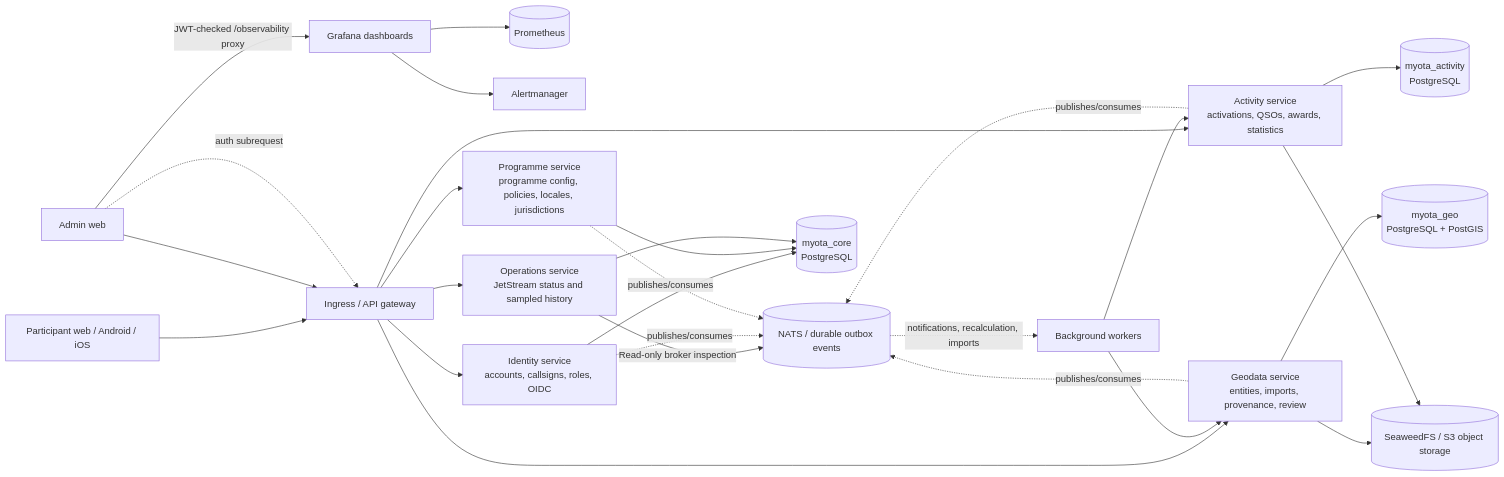
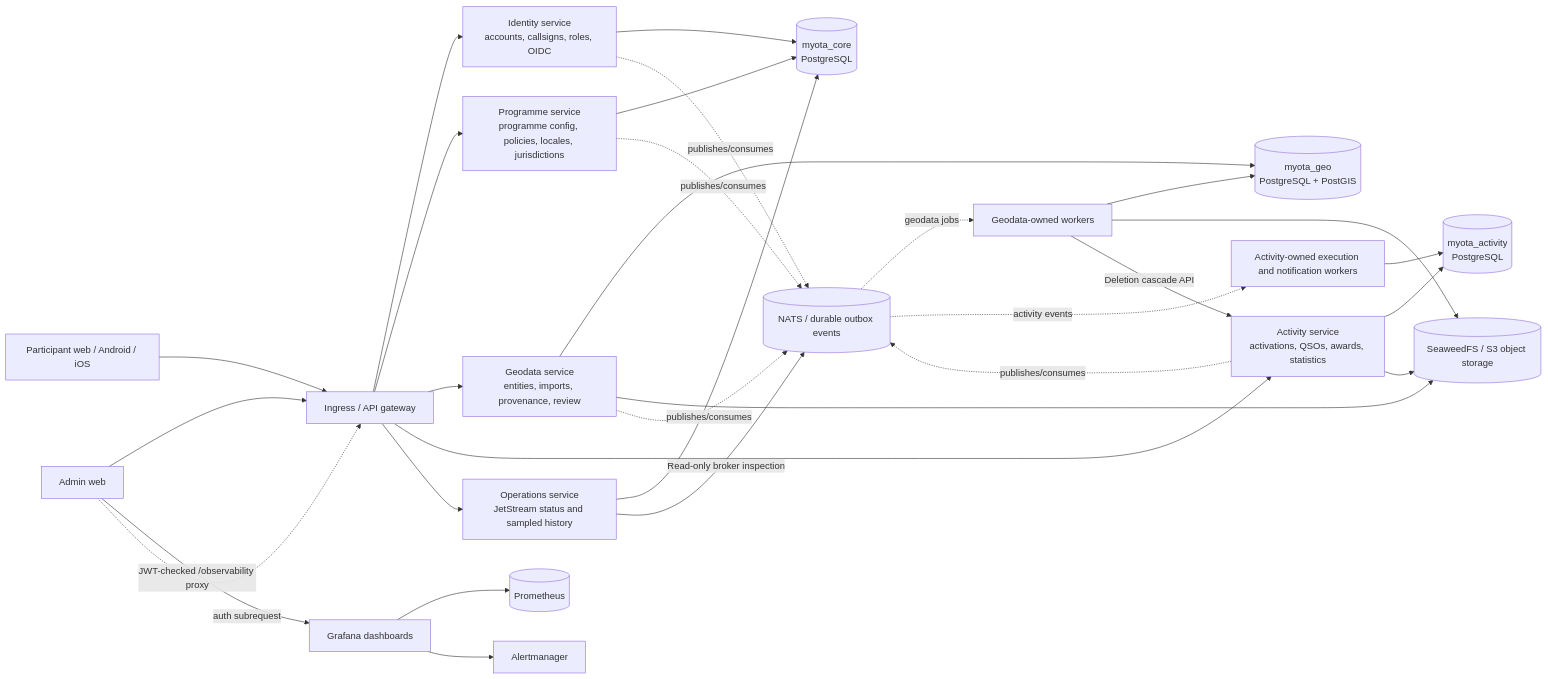
Before and after one commit to myota-platform/myota-docs: the first of 2 diagrams in docs/diagrams/service-boundaries.md, drawn with Mermaid. The commit also changed other lines of this file and 7 other files, not shown here.

````diff
--- a/docs/diagrams/service-boundaries.md
+++ b/docs/diagrams/service-boundaries.md
@@ -8,43 +8,46 @@
 ```mermaid
 flowchart LR
   Participant[Participant web / Android / iOS]
   Admin[Admin web]
   Grafana[Grafana dashboards]
   Prometheus[(Prometheus)]
   Alertmanager[Alertmanager]
   Gateway[Ingress / API gateway]
   Events[(NATS / durable outbox events)]
   Core[(myota_core\nPostgreSQL)]
   ActivityDB[(myota_activity\nPostgreSQL)]
   GeoDB[(myota_geo\nPostgreSQL + PostGIS)]
   Objects[(SeaweedFS / S3 object storage)]
 
   Participant --> Gateway
   Admin --> Gateway
   Admin -->|JWT-checked /observability proxy| Grafana
   Admin -. auth subrequest .-> Gateway
   Grafana --> Prometheus
   Grafana --> Alertmanager
   Gateway --> Identity[Identity service\naccounts, callsigns, roles, OIDC]
   Gateway --> Programme[Programme service\nprogramme config, policies, locales, jurisdictions]
   Gateway --> Geodata[Geodata service\nentities, imports, provenance, review]
   Gateway --> Activity[Activity service\nactivations, QSOs, awards, statistics]
   Gateway --> Operations[Operations service\nJetStream status and sampled history]
 
   Identity --> Core
   Programme --> Core
   Operations --> Core
   Operations -->|Read-only broker inspection| Events
   Geodata --> GeoDB
   Activity --> ActivityDB
   Geodata --> Objects
   Activity --> Objects
 
   Identity -. publishes/consumes .-> Events
   Programme -. publishes/consumes .-> Events
   Geodata -. publishes/consumes .-> Events
   Activity -. publishes/consumes .-> Events
-  Events -. notifications, recalculation, imports .-> Workers[Background workers]
-  Workers --> Activity
-  Workers --> Geodata
+  Events -. geodata jobs .-> GeoWorkers[Geodata-owned workers]
+  GeoWorkers --> GeoDB
+  GeoWorkers --> Objects
+  GeoWorkers -->|Deletion cascade API| Activity
+  ActivityWorkers[Activity-owned execution and notification workers] --> ActivityDB
+  Events -. activity events .-> ActivityWorkers
 ```
````
